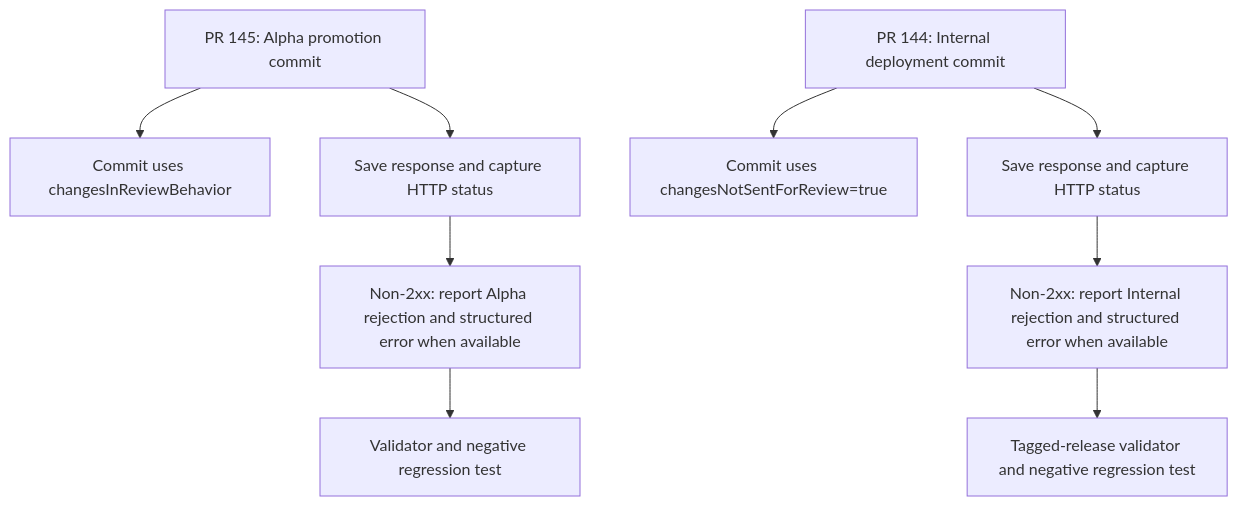
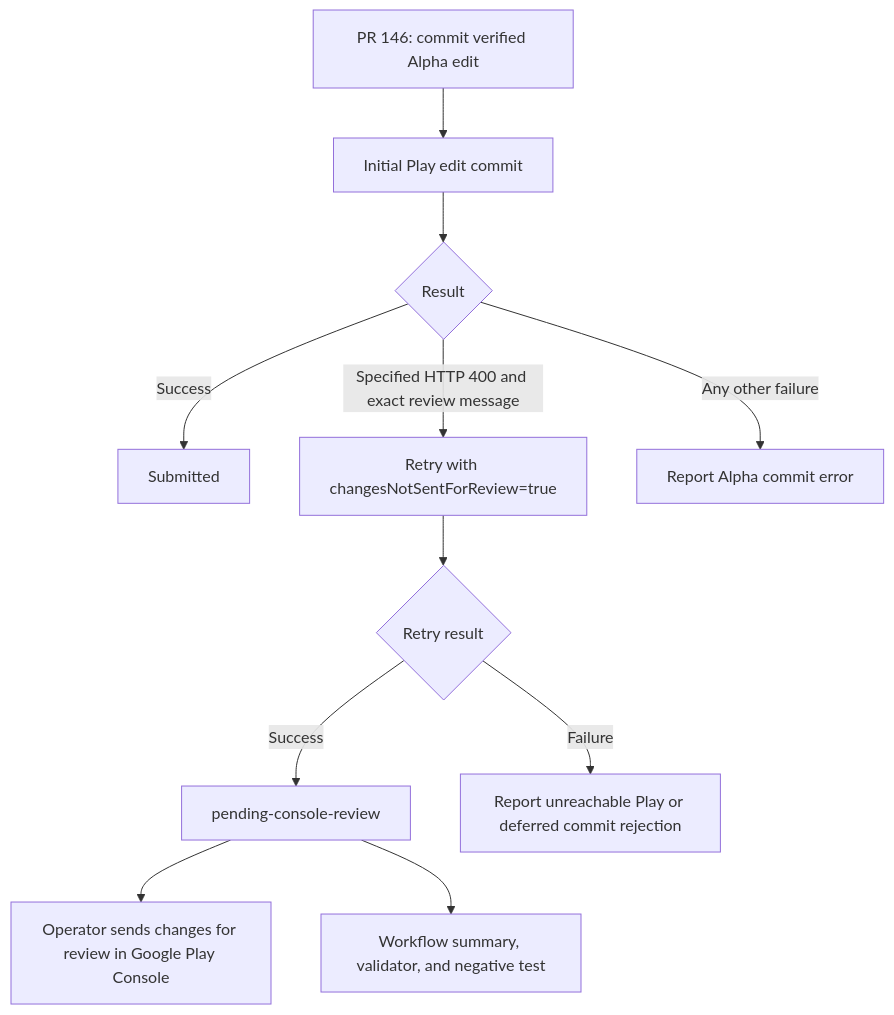
Before and after one commit to ramideltoro/nutsnews-docs: the diagram in diagrams/updates/AUTOMATED_NUTSNEWS_ANDROID_MERGE_LOG.mmd, drawn with Mermaid. The commit also changed 5 other files, not shown here.

```diff
--- a/diagrams/updates/AUTOMATED_NUTSNEWS_ANDROID_MERGE_LOG.mmd
+++ b/diagrams/updates/AUTOMATED_NUTSNEWS_ANDROID_MERGE_LOG.mmd
@@ -1,13 +1,14 @@
 flowchart TD
-  accTitle: Google Play commit handling after merges 145 and 144
-  accDescr: PR 145 records Alpha commit responses and reports HTTP status with a structured Play error when available. PR 144 does the same for Internal commits and sends changesNotSentForReview=true to avoid disrupting an active Alpha review.
+  accTitle: Alpha promotion fallback when Google Play requires Console review
+  accDescr: PR 146 first commits the Alpha edit normally. Only the specified HTTP 400 Play error triggers a retry with changesNotSentForReview=true. A successful retry reports pending-console-review and directs the operator to send changes for review in Google Play Console; all other failures follow error reporting.
 
-  alpha[PR 145: Alpha promotion commit] --> alphaRequest[Commit uses changesInReviewBehavior]
-  alpha --> alphaResponse[Save response and capture HTTP status]
-  alphaResponse --> alphaFailure[Non-2xx: report Alpha rejection and structured error when available]
-  alphaFailure --> alphaValidation[Validator and negative regression test]
-
-  internal[PR 144: Internal deployment commit] --> internalRequest[Commit uses changesNotSentForReview=true]
-  internal --> internalResponse[Save response and capture HTTP status]
-  internalResponse --> internalFailure[Non-2xx: report Internal rejection and structured error when available]
-  internalFailure --> internalValidation[Tagged-release validator and negative regression test]
+  start[PR 146: commit verified Alpha edit] --> initial[Initial Play edit commit]
+  initial --> result{Result}
+  result -->|Success| submitted[Submitted]
+  result -->|Specified HTTP 400 and exact review message| retry[Retry with changesNotSentForReview=true]
+  result -->|Any other failure| initialError[Report Alpha commit error]
+  retry --> retryResult{Retry result}
+  retryResult -->|Success| pending[pending-console-review]
+  pending --> action[Operator sends changes for review in Google Play Console]
+  retryResult -->|Failure| deferredError[Report unreachable Play or deferred commit rejection]
+  pending --> checks[Workflow summary, validator, and negative test]
```
